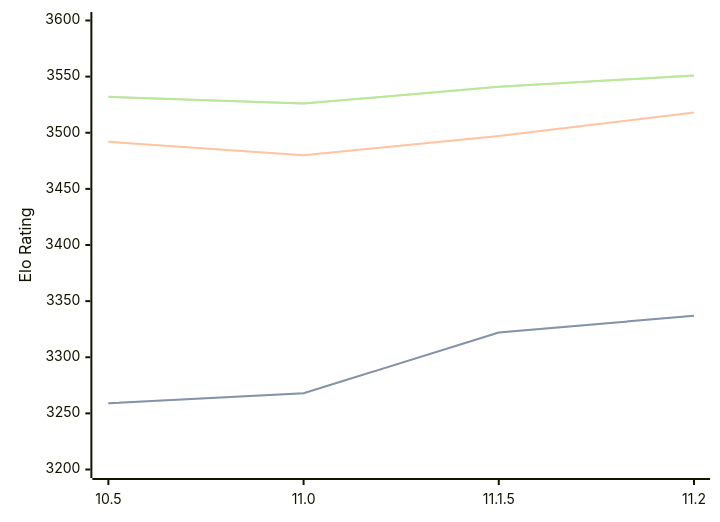
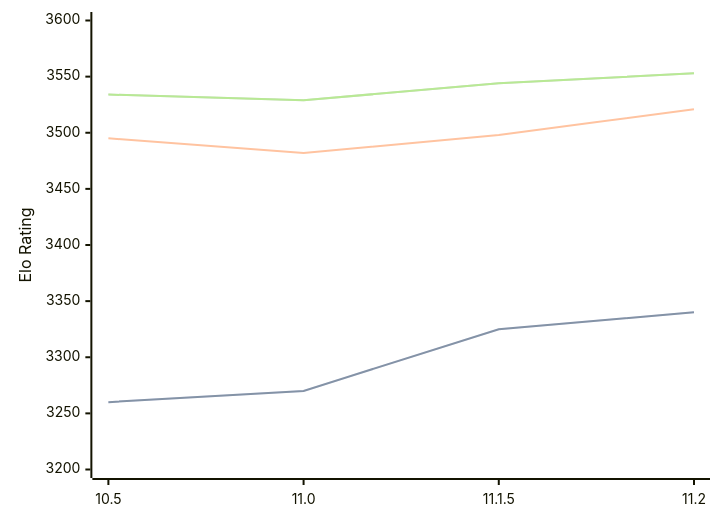
Before and after one commit to computer-chess-index/cci: the diagram in engines/Lizard.md, drawn with Mermaid. The commit also changed other lines of this file, not shown here.

Commit message:
Update CCI Ratings (ELO VLTC) - 2026-02-20

````diff
--- a/engines/Lizard.md
+++ b/engines/Lizard.md
@@ -43,11 +43,11 @@
 ```mermaid
 %%{init: {"theme":"base","themeVariables":{"seriesColors:['#a3a3a3','#222221','#faa371']}}}%%
 xychart-beta
   x-axis ["10.5", "11.0", "11.1.5", "11.2"]
   y-axis "Elo Rating" 3200 --> 3600
-  line "STC (8.0+0.08s)" [3259, 3268, 3322, 3337]
-  line "STC (8.0+0.08s)" [3259, 3268, 3322, 3337]
-  line "LTC (60.0+0.60s)" [3492, 3480, 3497, 3518]
-  line "VLTC (2m24s+1.12s)" [3532, 3526, 3541, 3551]
-  line "VLTC (2m24s+1.12s)" [3532, 3526, 3541, 3551]
+  line "STC (8.0+0.08s)" [3260, 3270, 3325, 3340]
+  line "STC (8.0+0.08s)" [3260, 3270, 3325, 3340]
+  line "LTC (60.0+0.60s)" [3495, 3482, 3498, 3521]
+  line "VLTC (2m24s+1.12s)" [3534, 3529, 3544, 3553]
+  line "VLTC (2m24s+1.12s)" [3534, 3529, 3544, 3553]
 ```
````
